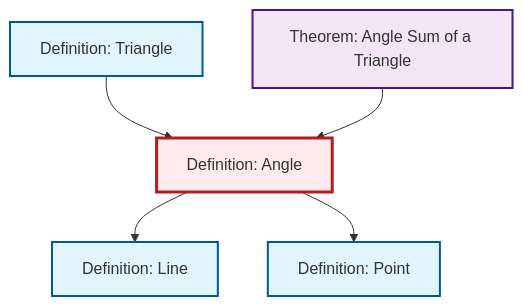
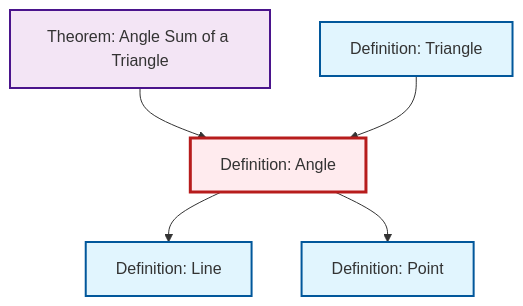
The diagram in content/ja/geometry/def-angle.qmd (RK0429/ModernMath), drawn with Mermaid before and after one commit. The commit also changed other lines of this file and 619 other files, not shown here.

````diff
--- a/content/ja/geometry/def-angle.qmd
+++ b/content/ja/geometry/def-angle.qmd
@@ -50,23 +50,23 @@
 ```{mermaid}
 %%| fig-cap: "Local dependency graph"
 graph TD
     classDef definition fill:#e1f5fe,stroke:#01579b,stroke-width:2px
     classDef theorem fill:#f3e5f5,stroke:#4a148c,stroke-width:2px
     classDef axiom fill:#fff3e0,stroke:#e65100,stroke-width:2px
     classDef example fill:#e8f5e9,stroke:#1b5e20,stroke-width:2px
     classDef current fill:#ffebee,stroke:#b71c1c,stroke-width:3px
+    def-point["Definition: Point"]:::definition
     thm-angle-sum-triangle["Theorem: Angle Sum of a Triangle"]:::theorem
     def-triangle["Definition: Triangle"]:::definition
     def-line["Definition: Line"]:::definition
     def-angle["Definition: Angle"]:::definition
-    def-point["Definition: Point"]:::definition
-    def-triangle --> def-angle
     thm-angle-sum-triangle --> def-angle
     def-angle --> def-line
     def-angle --> def-point
+    def-triangle --> def-angle
     class def-angle current
+    click def-point "def-point.html" "Definition: Pointへ"
     click thm-angle-sum-triangle "thm-angle-sum-triangle.html" "Theorem: Angle Sum of a Triangleへ"
     click def-triangle "def-triangle.html" "Definition: Triangleへ"
     click def-line "def-line.html" "Definition: Lineへ"
-    click def-point "def-point.html" "Definition: Pointへ"
 ```
````
